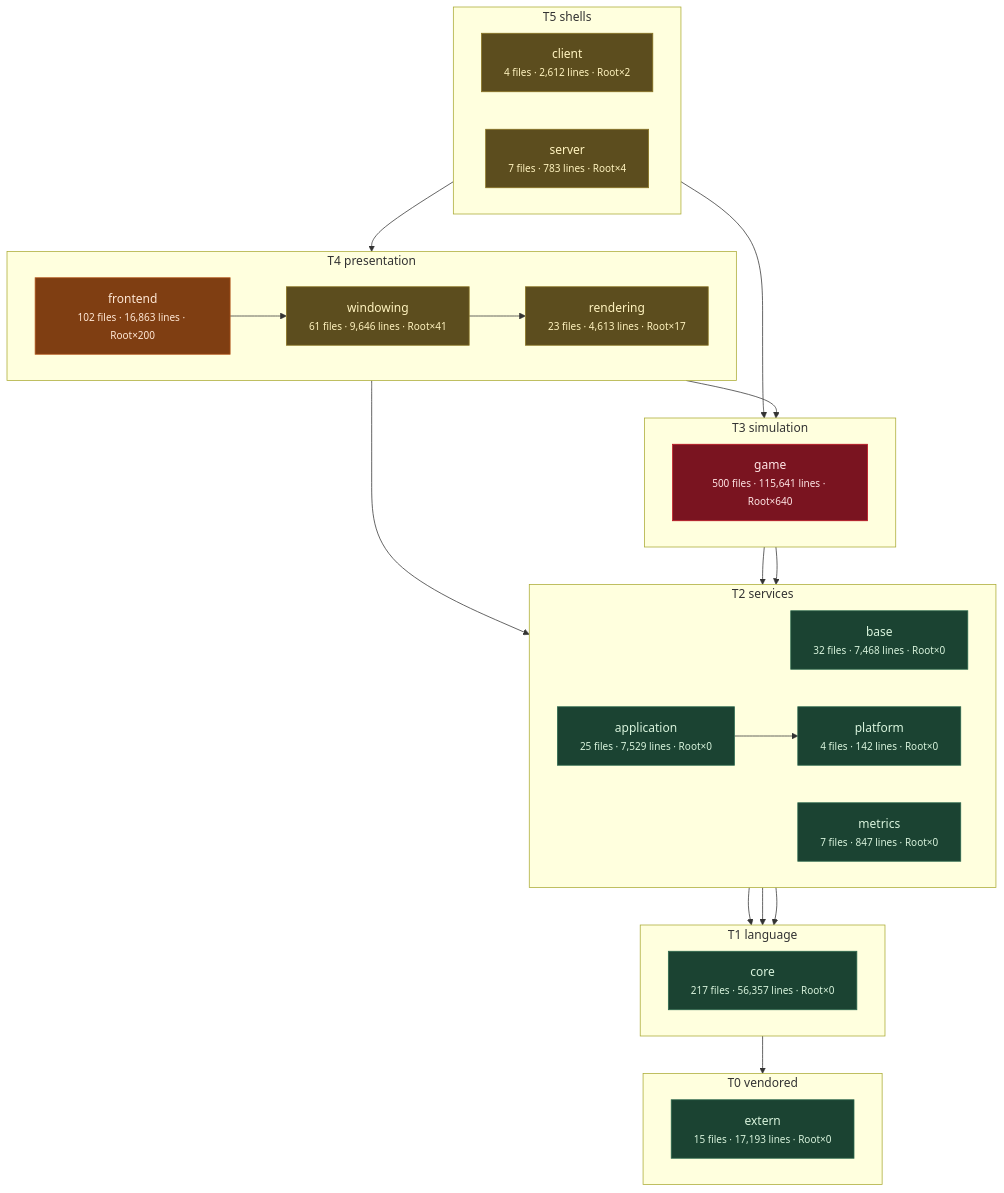
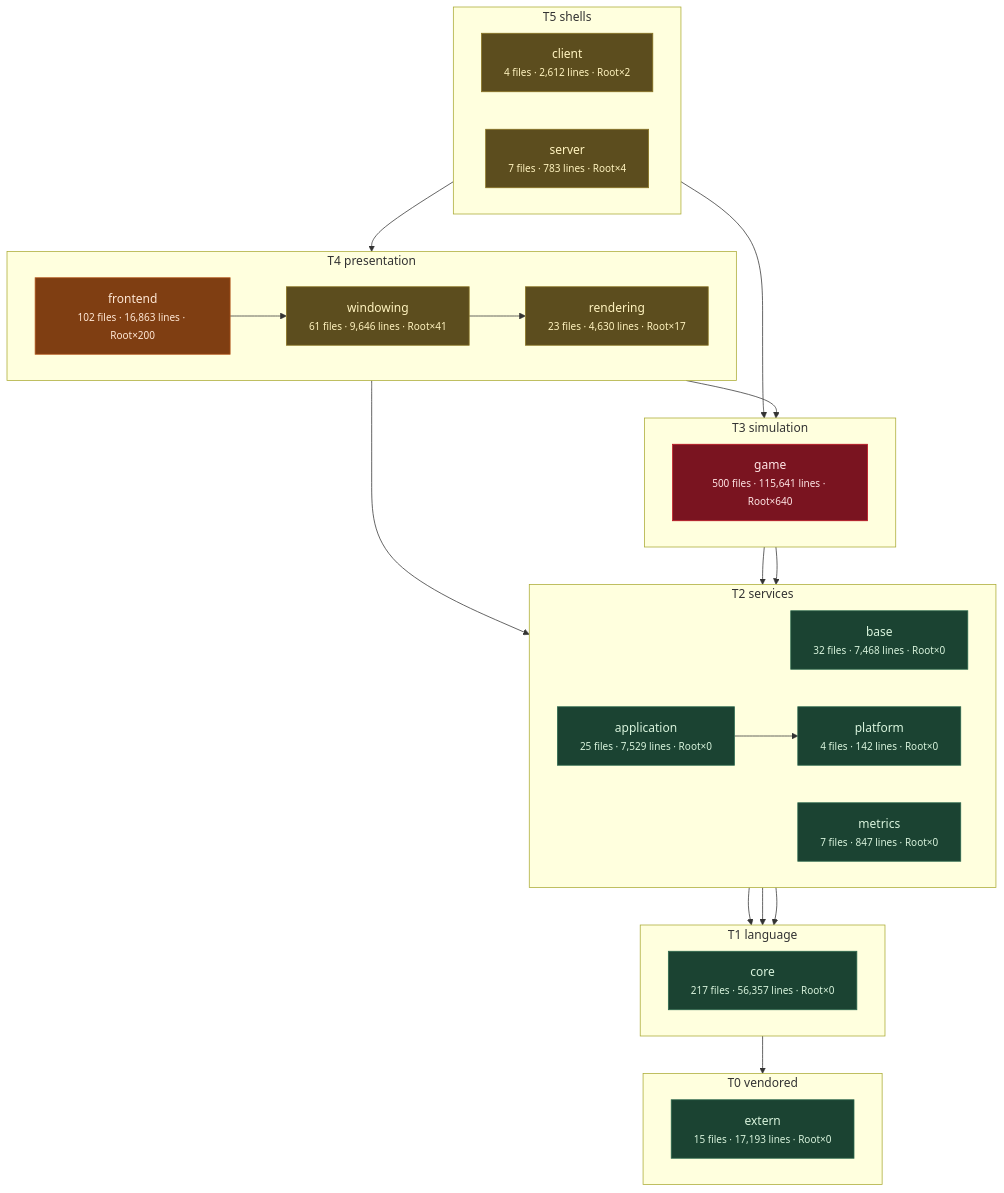
One commit to apnex/OpenStarbound changed the third of 11 diagrams in docs/architecture/system-boundaries.md. Above: the diagram before and after it, drawn with Mermaid. The commit also changed other lines of this file and 2 other files, not shown here.

````diff
--- a/docs/architecture/system-boundaries.md
+++ b/docs/architecture/system-boundaries.md
@@ -271,54 +271,54 @@
 ```mermaid
 flowchart TD
   subgraph T0["T0 vendored"]
     direction LR
     extern["extern<br/><small>15 files · 17,193 lines · Root×0</small>"]
   end
   subgraph T1["T1 language"]
     direction LR
     core["core<br/><small>217 files · 56,357 lines · Root×0</small>"]
   end
   subgraph T2["T2 services"]
     direction LR
     base["base<br/><small>32 files · 7,468 lines · Root×0</small>"]
     metrics["metrics<br/><small>7 files · 847 lines · Root×0</small>"]
     platform["platform<br/><small>4 files · 142 lines · Root×0</small>"]
     application["application<br/><small>25 files · 7,529 lines · Root×0</small>"]
   end
   subgraph T3["T3 simulation"]
     direction LR
     game["game<br/><small>500 files · 115,641 lines · Root×640</small>"]
   end
   subgraph T4["T4 presentation"]
     direction LR
-    rendering["rendering<br/><small>23 files · 4,613 lines · Root×17</small>"]
+    rendering["rendering<br/><small>23 files · 4,630 lines · Root×17</small>"]
     windowing["windowing<br/><small>61 files · 9,646 lines · Root×41</small>"]
     frontend["frontend<br/><small>102 files · 16,863 lines · Root×200</small>"]
   end
   subgraph T5["T5 shells"]
     direction LR
     client["client<br/><small>4 files · 2,612 lines · Root×2</small>"]
     server["server<br/><small>7 files · 783 lines · Root×4</small>"]
   end
   core --> extern
   base --> core
   metrics --> core
   platform --> core
   application --> platform
   game --> base
   game --> platform
   rendering --> application
   rendering --> game
   windowing --> rendering
   frontend --> windowing
   client --> frontend
   server --> game
   classDef clean fill:#1b4332,stroke:#2d6a4f,color:#d8f3dc
   classDef warm  fill:#5c4d1e,stroke:#8a7420,color:#fff3bf
   classDef hot   fill:#7f3e12,stroke:#b5561b,color:#ffe8d6
   classDef blaze fill:#7a1420,stroke:#c1121f,color:#ffe5e5
   class extern,core,base,metrics,platform,application clean
   class rendering,windowing,client,server warm
   class frontend hot
   class game blaze
 ```
````
